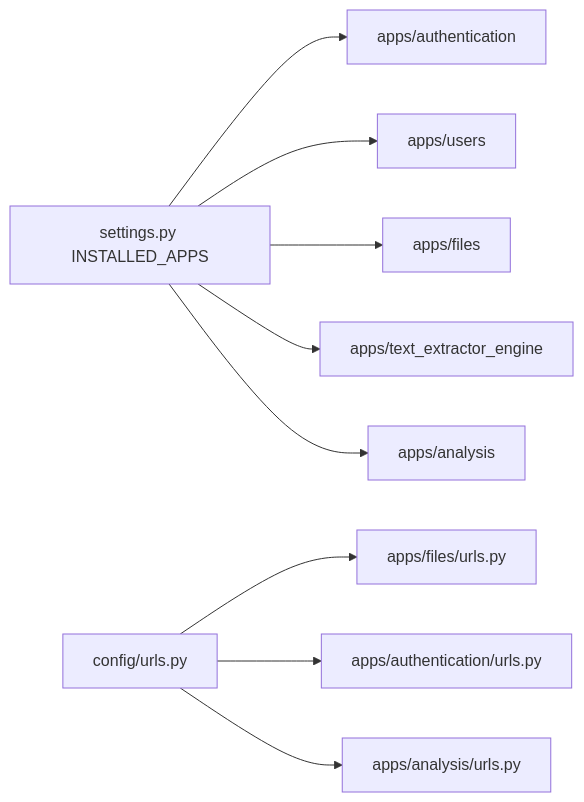
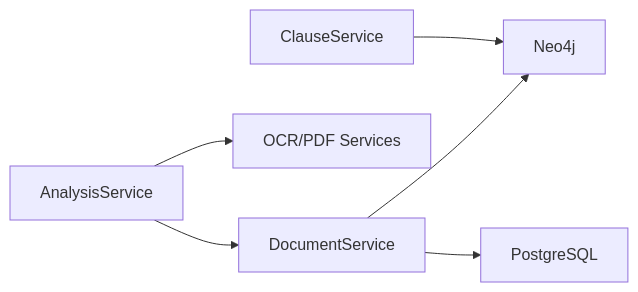
Before and after one commit to HamzaHindo/veritasshield: the seventh of 7 diagrams in backend/.qoder/repowiki/en/content/Project Overview/Project Overview.md, drawn with Mermaid. The commit also changed other lines of this file and 49 other files, not shown here.

````diff
--- a/backend/.qoder/repowiki/en/content/Project Overview/Project Overview.md
+++ b/backend/.qoder/repowiki/en/content/Project Overview/Project Overview.md
@@ -298,11 +301,8 @@
 ```mermaid
 graph LR
-Settings["settings.py INSTALLED_APPS"] --> AuthApp["apps/authentication"]
-Settings --> UsersApp["apps/users"]
-Settings --> FilesApp["apps/files"]
-Settings --> OCRApp["apps/text_extractor_engine"]
-Settings --> AnalysisApp["apps/analysis"]
-URLs["config/urls.py"] --> FilesURLs["apps/files/urls.py"]
-URLs --> AuthURLs["apps/authentication/urls.py"]
-URLs --> AnalysisURLs["apps/analysis/urls.py"]
+Analysis["AnalysisService"] --> FilesSvc["DocumentService"]
+Analysis --> OCR["OCR/PDF Services"]
+FilesSvc --> Neo4j["Neo4j"]
+FilesSvc --> Postgres["PostgreSQL"]
+ClauseSvc["ClauseService"] --> Neo4j
 ```
````
